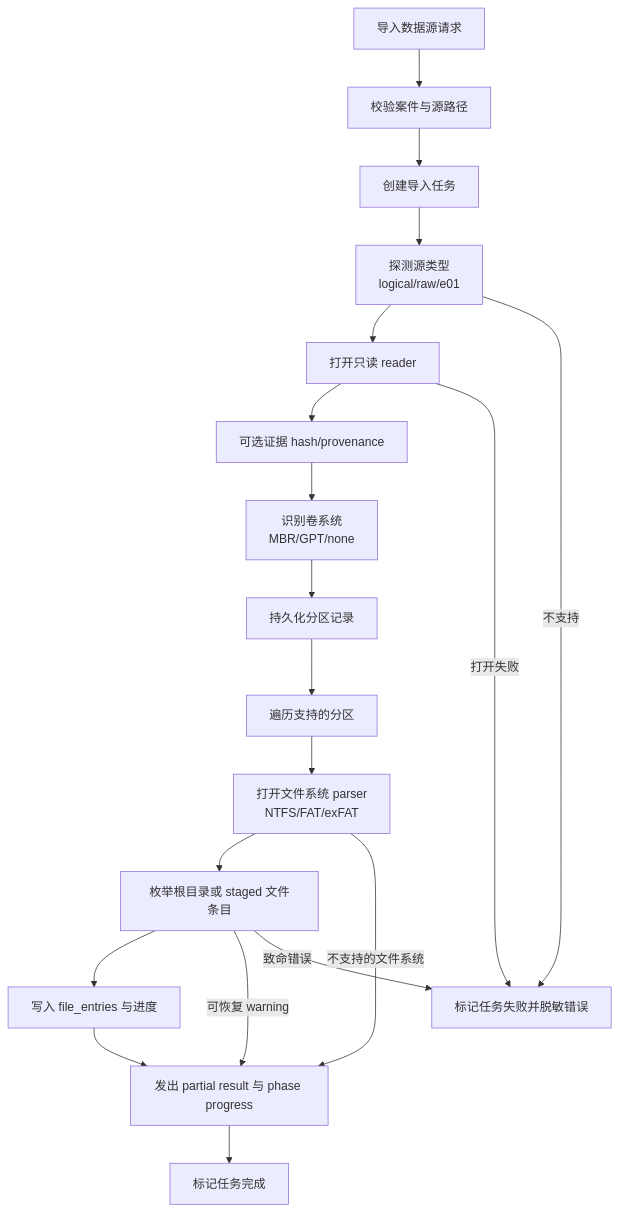
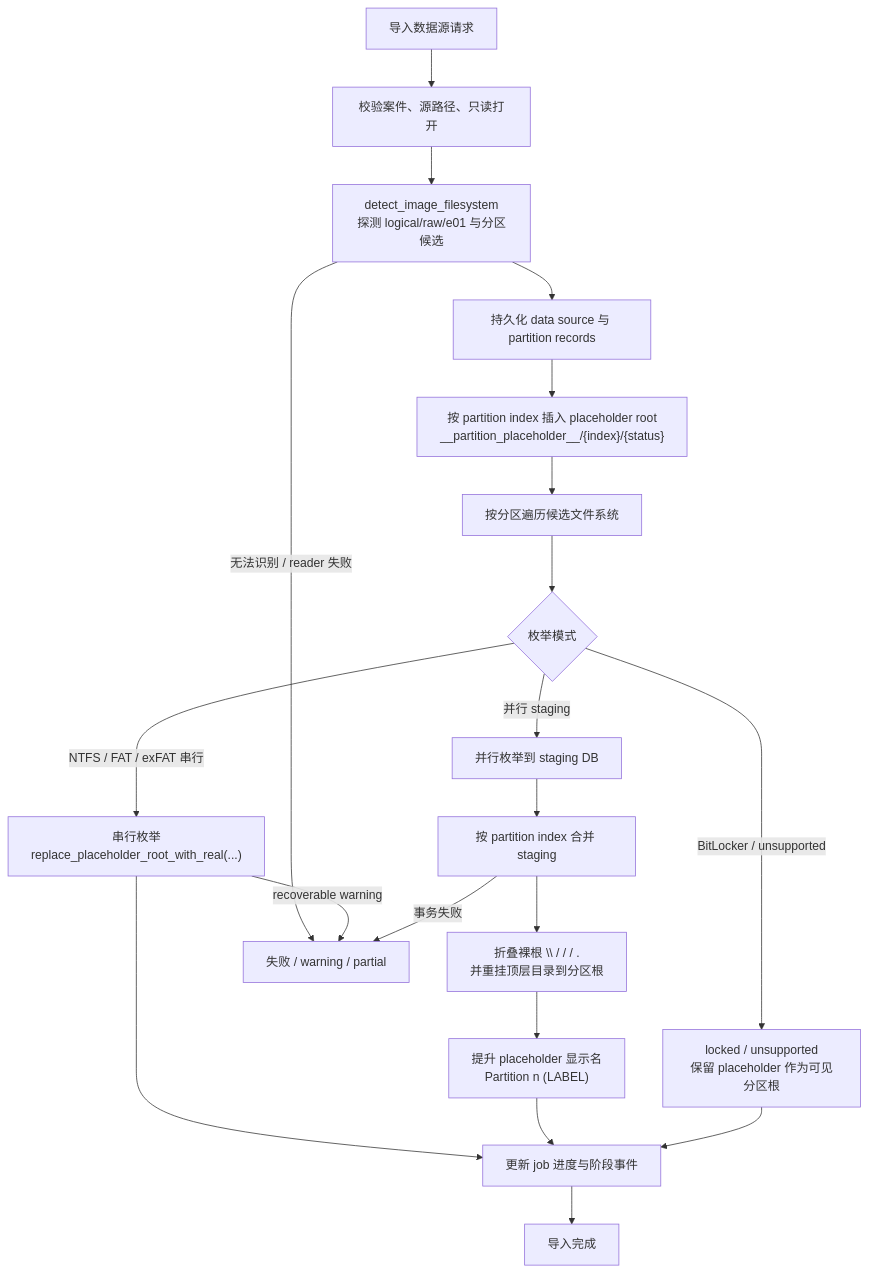
The seventh of 14 diagrams in docs/model-architecture-algorithm-diagrams.md (lQ-A-Ql/meow-detective), drawn with Mermaid before and after one commit. The commit also changed other lines of this file and 70 other files, not shown here.

````diff
--- a/docs/model-architecture-algorithm-diagrams.md
+++ b/docs/model-architecture-algorithm-diagrams.md
@@ -275,26 +295,32 @@
 ```mermaid
 flowchart TB
   Start["导入数据源请求"]
-  Validate["校验案件与源路径"]
-  Job["创建导入任务"]
-  Probe["探测源类型<br/>logical/raw/e01"]
-  Reader["打开只读 reader"]
-  Hash["可选证据 hash/provenance"]
-  Volume["识别卷系统<br/>MBR/GPT/none"]
-  Partitions["持久化分区记录"]
-  FSLoop["遍历支持的分区"]
-  FsOpen["打开文件系统 parser<br/>NTFS/FAT/exFAT"]
-  Enumerate["枚举根目录或 staged 文件条目"]
-  Store["写入 file_entries 与进度"]
-  Partial["发出 partial result 与 phase progress"]
-  Finish["标记任务完成"]
-  Fail["标记任务失败并脱敏错误"]
+  Validate["校验案件、源路径、只读打开"]
+  Probe["detect_image_filesystem<br/>探测 logical/raw/e01 与分区候选"]
+  PersistDS["持久化 data source 与 partition records"]
+  Placeholder["按 partition index 插入 placeholder root<br/>__partition_placeholder__/{index}/{status}"]
+  PartitionLoop["按分区遍历候选文件系统"]
+  SelectMode{"枚举模式"}
+  Serial["串行枚举<br/>replace_placeholder_root_with_real(...)"]
+  Parallel["并行枚举到 staging DB"]
+  Locked["locked / unsupported<br/>保留 placeholder 作为可见分区根"]
+  Merge["按 partition index 合并 staging"]
+  Fold["折叠裸根 \\ / / / .<br/>并重挂顶层目录到分区根"]
+  Promote["提升 placeholder 显示名<br/>Partition n (LABEL)"]
+  Progress["更新 job 进度与阶段事件"]
+  Finish["导入完成"]
+  Fail["失败 / warning / partial"]
 
-  Start --> Validate --> Job --> Probe --> Reader --> Hash --> Volume --> Partitions --> FSLoop
-  FSLoop --> FsOpen --> Enumerate --> Store --> Partial --> Finish
-  Probe -->|不支持| Fail
-  Reader -->|打开失败| Fail
-  FsOpen -->|不支持的文件系统| Partial
-  Enumerate -->|可恢复 warning| Partial
-  Enumerate -->|致命错误| Fail
+  Start --> Validate --> Probe --> PersistDS --> Placeholder --> PartitionLoop
+  PartitionLoop --> SelectMode
+  SelectMode -->|NTFS / FAT / exFAT 串行| Serial
+  SelectMode -->|并行 staging| Parallel
+  SelectMode -->|BitLocker / unsupported| Locked
+  Serial --> Progress
+  Parallel --> Merge --> Fold --> Promote --> Progress
+  Locked --> Progress
+  Progress --> Finish
+  Probe -->|无法识别 / reader 失败| Fail
+  Serial -->|recoverable warning| Fail
+  Merge -->|事务失败| Fail
 ```
````
